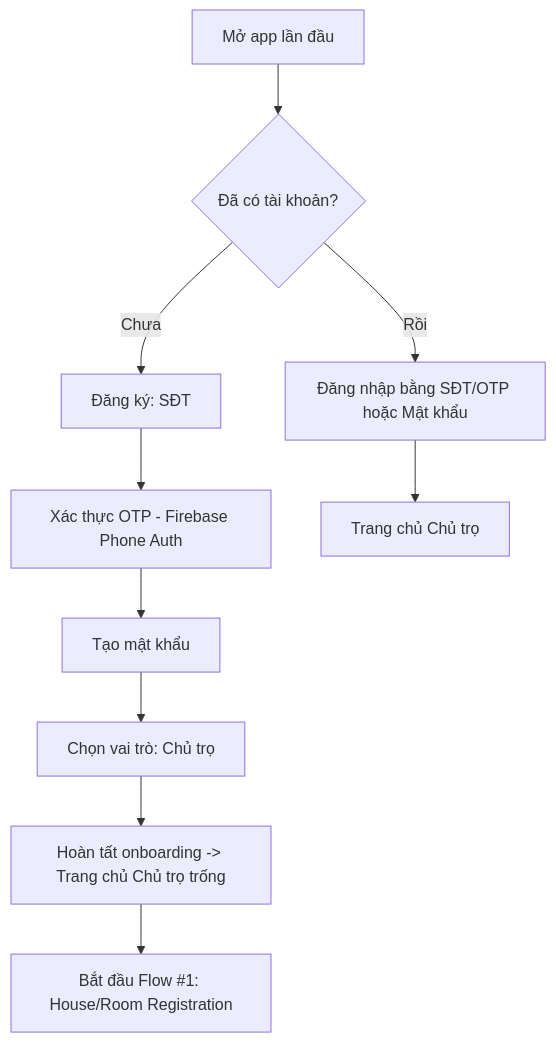
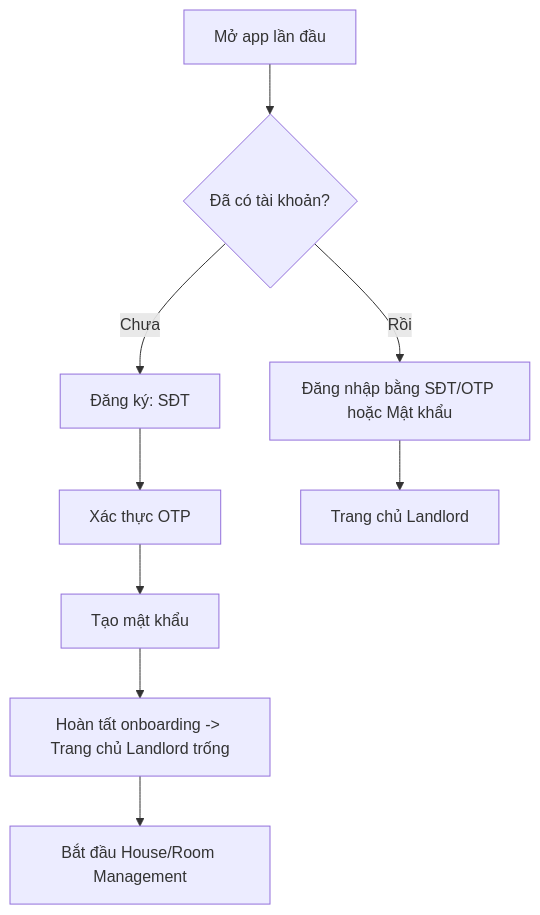
One commit to townsoft-dev/biztown-rent changed the first of 10 diagrams in docs/USER-FLOWS.md. Above: the diagram before and after it, drawn with Mermaid. The commit also changed other lines of this file and 3 other files, not shown here.

Commit message:
chỉnh sửa decicions.md, business-rules.md, product-overview.md, user-flows.md version 2, thu gọn phạm vi phase 1

````diff
--- a/docs/USER-FLOWS.md
+++ b/docs/USER-FLOWS.md
@@ -32,12 +32,11 @@
 ```mermaid
 flowchart TD
     A[Mở app lần đầu] --> B{Đã có tài khoản?}
     B -- Chưa --> C[Đăng ký: SĐT]
-    C --> D[Xác thực OTP - Firebase Phone Auth]
+    C --> D[Xác thực OTP]
     D --> D2[Tạo mật khẩu]
-    D2 --> E[Chọn vai trò: Chủ trọ]
-    E --> F[Hoàn tất onboarding -> Trang chủ Chủ trọ trống]
-    F --> G[Bắt đầu Flow #1: House/Room Registration]
+    D2 --> F[Hoàn tất onboarding -> Trang chủ Landlord trống]
+    F --> G[Bắt đầu House/Room Management]
     B -- Rồi --> H[Đăng nhập bằng SĐT/OTP hoặc Mật khẩu]
-    H --> I[Trang chủ Chủ trọ]
+    H --> I[Trang chủ Landlord]
 ```
````
